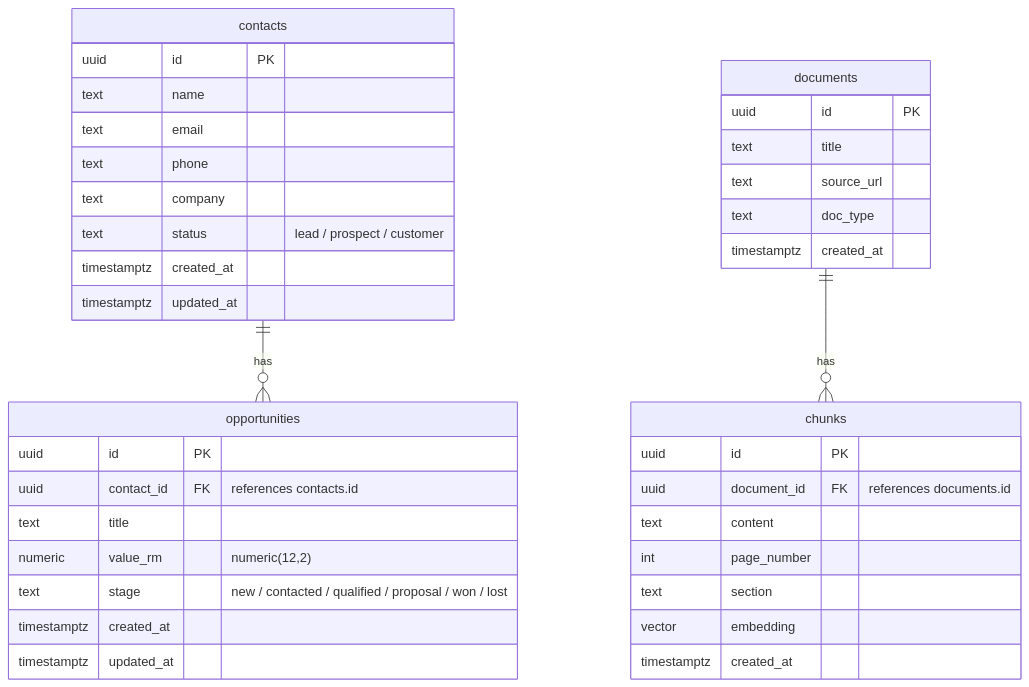
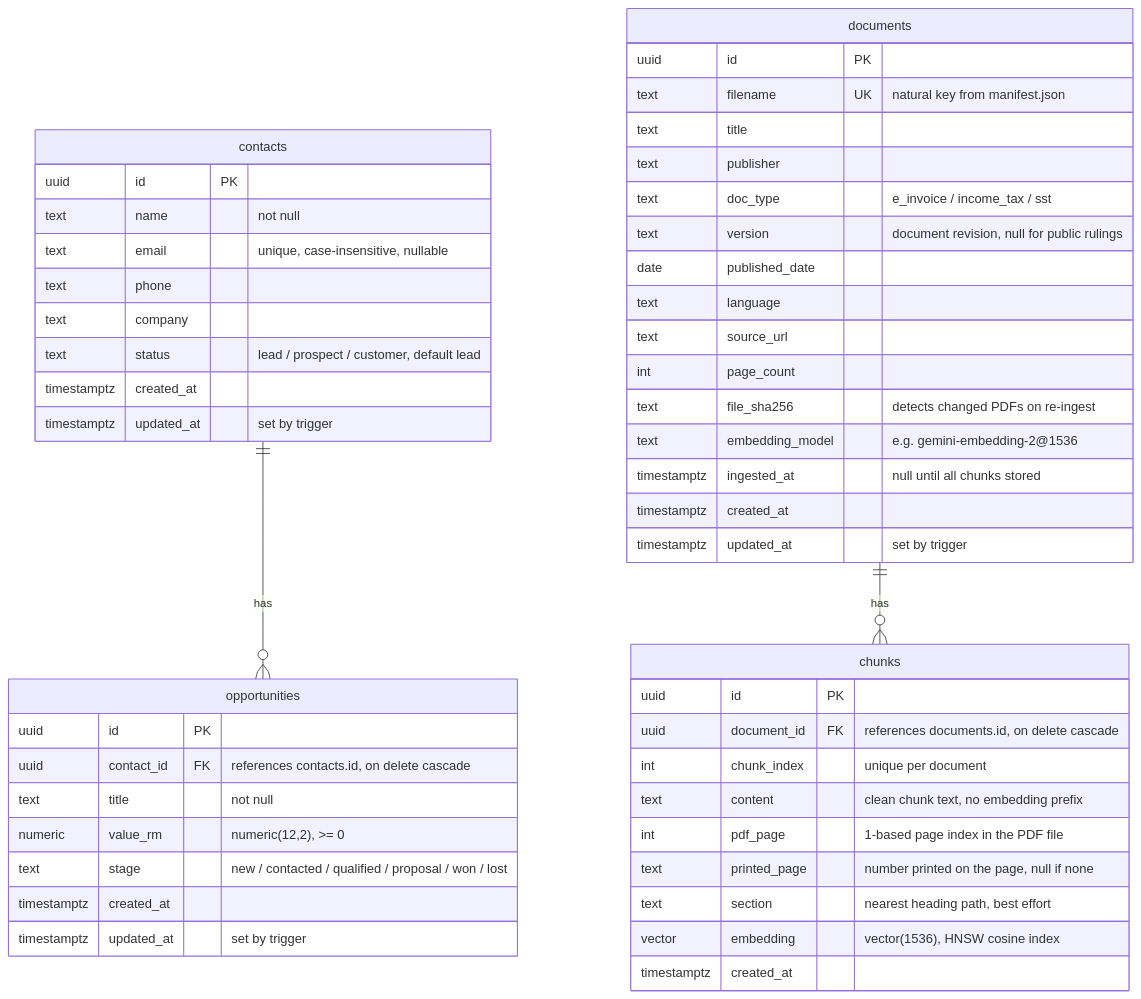
Before and after one commit to Serenity318/Case_Study: the second of 2 diagrams in ARCHITECTURE.md, drawn with Mermaid. The commit also changed other lines of this file and 8 other files, not shown here.

Commit message:
Add schema migration and ingestion pipeline

````diff
--- a/ARCHITECTURE.md
+++ b/ARCHITECTURE.md
@@ -44,44 +44,56 @@
 ```mermaid
 erDiagram
   contacts ||--o{ opportunities : "has"
   documents ||--o{ chunks : "has"
 
   contacts {
     uuid id PK
-    text name
-    text email
+    text name "not null"
+    text email "unique, case-insensitive, nullable"
     text phone
     text company
-    text status "lead / prospect / customer"
+    text status "lead / prospect / customer, default lead"
     timestamptz created_at
-    timestamptz updated_at
+    timestamptz updated_at "set by trigger"
   }
 
   opportunities {
     uuid id PK
-    uuid contact_id FK "references contacts.id"
-    text title
-    numeric value_rm "numeric(12,2)"
+    uuid contact_id FK "references contacts.id, on delete cascade"
+    text title "not null"
+    numeric value_rm "numeric(12,2), >= 0"
     text stage "new / contacted / qualified / proposal / won / lost"
     timestamptz created_at
-    timestamptz updated_at
+    timestamptz updated_at "set by trigger"
   }
 
   documents {
     uuid id PK
+    text filename UK "natural key from manifest.json"
     text title
+    text publisher
+    text doc_type "e_invoice / income_tax / sst"
+    text version "document revision, null for public rulings"
+    date published_date
+    text language
     text source_url
-    text doc_type
+    int page_count
+    text file_sha256 "detects changed PDFs on re-ingest"
+    text embedding_model "e.g. gemini-embedding-2@1536"
+    timestamptz ingested_at "null until all chunks stored"
     timestamptz created_at
+    timestamptz updated_at "set by trigger"
   }
 
   chunks {
     uuid id PK
-    uuid document_id FK "references documents.id"
-    text content
-    int page_number
-    text section
-    vector embedding
+    uuid document_id FK "references documents.id, on delete cascade"
+    int chunk_index "unique per document"
+    text content "clean chunk text, no embedding prefix"
+    int pdf_page "1-based page index in the PDF file"
+    text printed_page "number printed on the page, null if none"
+    text section "nearest heading path, best effort"
+    vector embedding "vector(1536), HNSW cosine index"
     timestamptz created_at
   }
 ```
````
